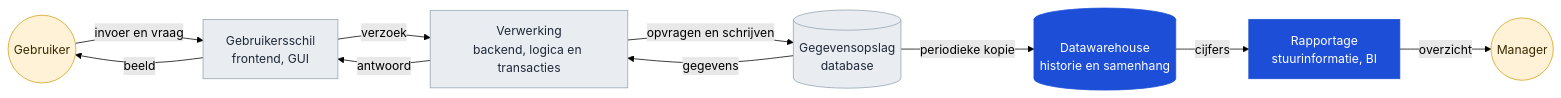
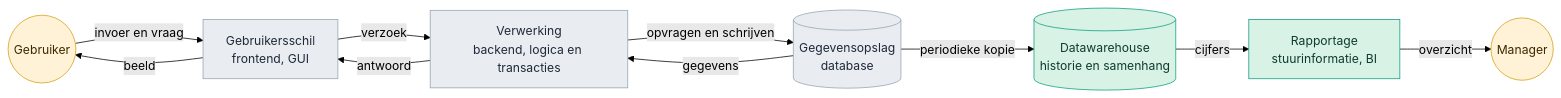
The third of 6 diagrams in presentaties/src/260904_ai_houdbaarheid.md (Npuls-OKx/meta), drawn with Mermaid (forest theme) before and after one commit. The commit also changed other lines of this file and 2 other files, not shown here.

````diff
--- a/presentaties/src/260904_ai_houdbaarheid.md
+++ b/presentaties/src/260904_ai_houdbaarheid.md
@@ -152,26 +216,26 @@
 ```mermaid
 flowchart LR
   U(("Gebruiker"))
   GUI["Gebruikersschil<br/>frontend, GUI"]
   BE["Verwerking<br/>backend, logica en transacties"]
   DB[("Gegevensopslag<br/>database")]
   U -- "invoer en vraag" --> GUI
   GUI -- "verzoek" --> BE
   BE -- "opvragen en schrijven" --> DB
   DB -- "gegevens" --> BE
   BE -- "antwoord" --> GUI
   GUI -- "beeld" --> U
   DWH[("Datawarehouse<br/>historie en samenhang")]
   BI["Rapportage<br/>stuurinformatie, BI"]
   M(("Manager"))
   DB -- "periodieke kopie" --> DWH
   DWH -- "cijfers" --> BI
   BI -- "overzicht" --> M
   style U fill:#fff2d6,stroke:#D4A017,color:#3b2a02
   style GUI fill:#e9edf2,stroke:#94a3b0,color:#1f2937
   style BE fill:#e9edf2,stroke:#94a3b0,color:#1f2937
   style DB fill:#e9edf2,stroke:#94a3b0,color:#1f2937
-  style DWH fill:#1D4ED8,stroke:#1D4ED8,color:#ffffff
-  style BI fill:#1D4ED8,stroke:#1D4ED8,color:#ffffff
+  style DWH fill:#d9f2e6,stroke:#0E9E7E,color:#0f3b2e
+  style BI fill:#d9f2e6,stroke:#0E9E7E,color:#0f3b2e
   style M fill:#fff2d6,stroke:#D4A017,color:#3b2a02
 ```
````
